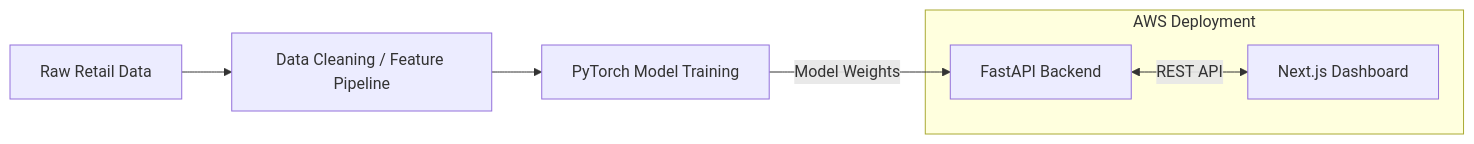
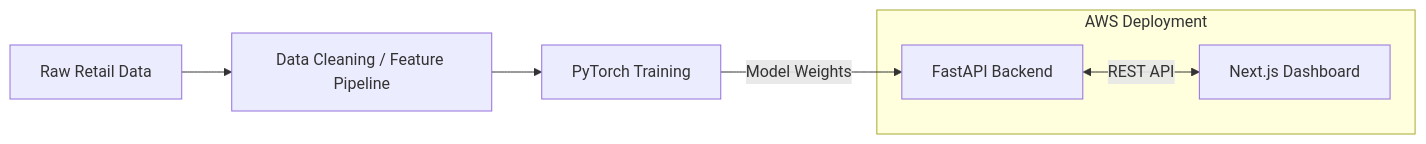
Before and after one commit to nithin-kumar-04/Deep-Learning-Microservices-for-E-Commerce-Customer-Analytics-Multi-Task-CLV-and-Churn-Prediction-w: the diagram in README.md, drawn with Mermaid. The commit also changed other lines of this file and 36 other files, not shown here.

````diff
--- a/README.md
+++ b/README.md
@@ -8,12 +26,12 @@
 ```mermaid
 graph LR
     A[Raw Retail Data] --> B[Data Cleaning / Feature Pipeline]
-    B --> C[PyTorch Model Training]
+    B --> C[PyTorch Training]
     C -->|Model Weights| D[FastAPI Backend]
     D <-->|REST API| E[Next.js Dashboard]
 
     subgraph AWS Deployment
         D
         E
     end
 ```
````
